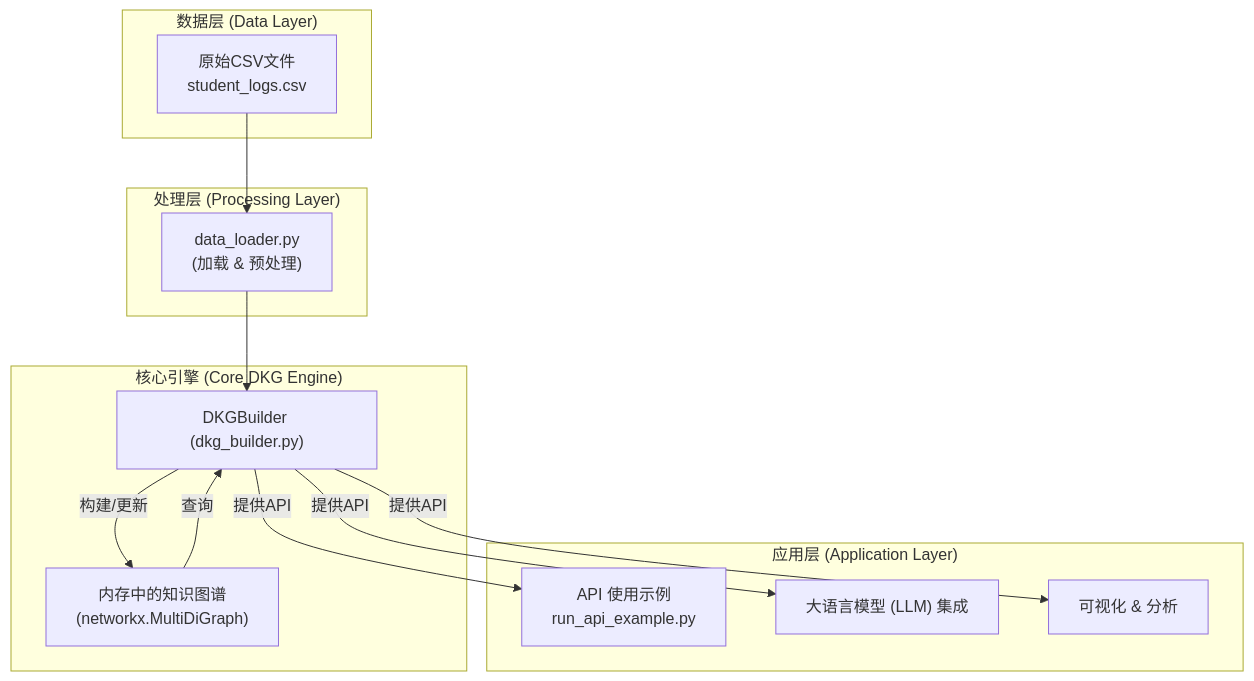
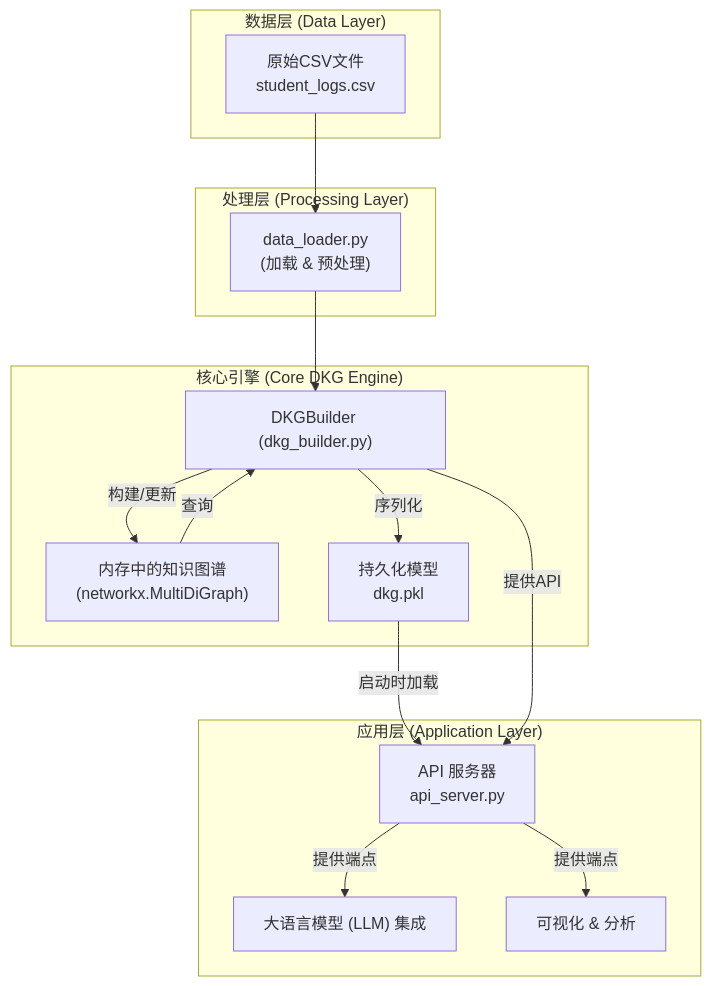
One commit to MuQY1818/DKG changed the diagram in README.md. Above: the diagram before and after it, drawn with Mermaid. The commit also changed other lines of this file and 8 other files, not shown here.

````diff
--- a/README.md
+++ b/README.md
@@ -14,29 +14,32 @@
 ```mermaid
 graph TD
     subgraph "数据层 (Data Layer)"
         A["原始CSV文件 <br> student_logs.csv"]
     end
 
     subgraph "处理层 (Processing Layer)"
         B["data_loader.py <br> (加载 & 预处理)"]
     end
 
     subgraph "核心引擎 (Core DKG Engine)"
         C["DKGBuilder (dkg_builder.py)"]
         D["内存中的知识图谱 <br> (networkx.MultiDiGraph)"]
+        H["持久化模型 <br> dkg.pkl"]
     end
 
     subgraph "应用层 (Application Layer)"
-        E["API 使用示例 <br> run_api_example.py"]
+        E["API 服务器 <br> api_server.py"]
         F["大语言模型 (LLM) 集成"]
         G["可视化 & 分析"]
     end
 
     A --> B;
     B --> C;
     C -- "构建/更新" --> D;
+    C -- "序列化" --> H;
+    H -- "启动时加载" --> E;
     D -- "查询" --> C;
     C -- "提供API" --> E;
-    C -- "提供API" --> F;
-    C -- "提供API" --> G;
+    E -- "提供端点" --> F;
+    E -- "提供端点" --> G;
 ```
````
